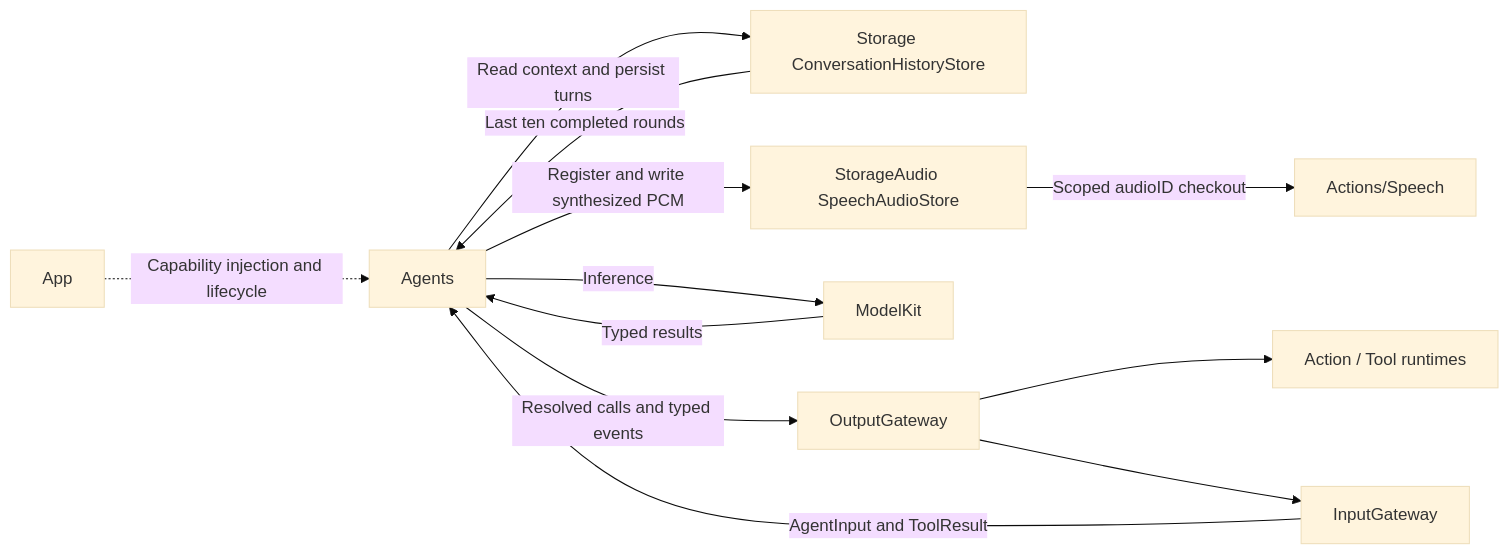
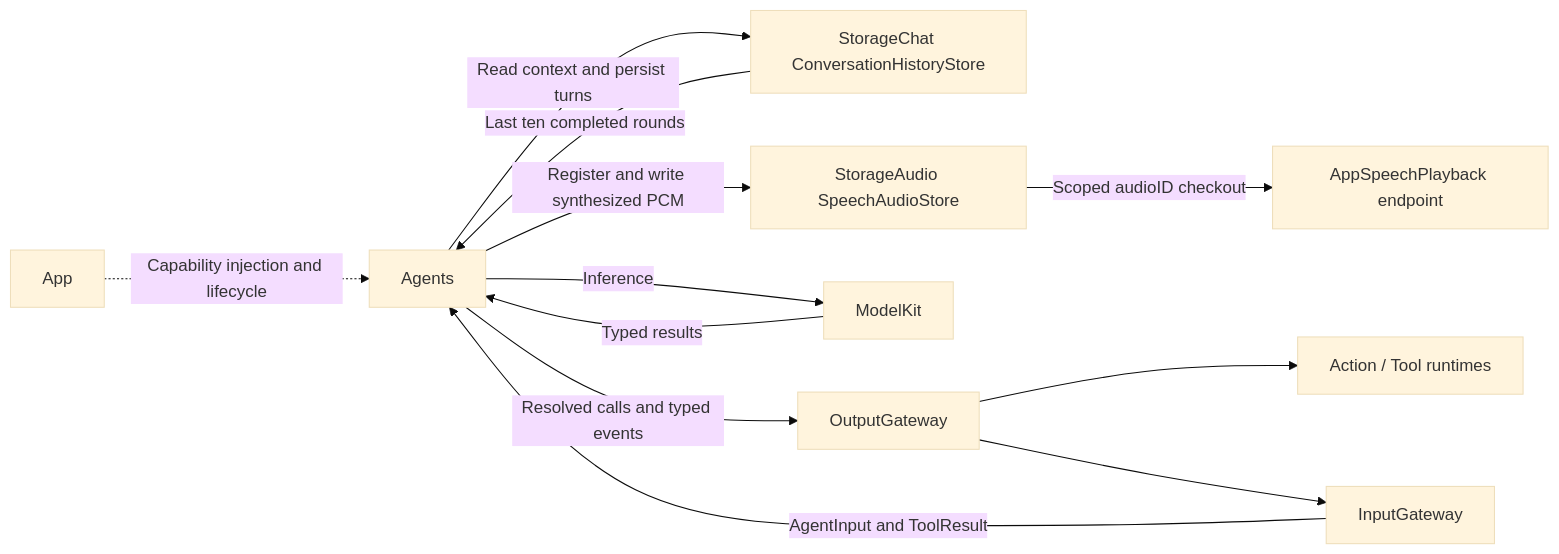
Before and after one commit to devilyouwei/MobileHarness: the first of 3 diagrams in MobileHarness/Agents/README.md, drawn with Mermaid (base theme). The commit also changed other lines of this file and 10 other files, not shown here.

````diff
--- a/MobileHarness/Agents/README.md
+++ b/MobileHarness/Agents/README.md
@@ -24,14 +24,14 @@
 ```mermaid
 flowchart LR
     App -.->|Capability injection and lifecycle| Agents
     Input[InputGateway] -->|AgentInput and ToolResult| Agents
-    Agents -->|Read context and persist turns| Storage[Storage ConversationHistoryStore]
+    Agents -->|Read context and persist turns| Storage[StorageChat ConversationHistoryStore]
     Storage -->|Last ten completed rounds| Agents
     Agents -->|Register and write synthesized PCM| Audio[StorageAudio SpeechAudioStore]
-    Audio -->|Scoped audioID checkout| Playback[Actions/Speech]
+    Audio -->|Scoped audioID checkout| Playback[AppSpeechPlayback endpoint]
     Agents -->|Inference| ModelKit
     ModelKit -->|Typed results| Agents
     Agents -->|Resolved calls and typed events| Output[OutputGateway]
     Output --> Runtime[Action / Tool runtimes]
     Output --> Input
 ```
````
